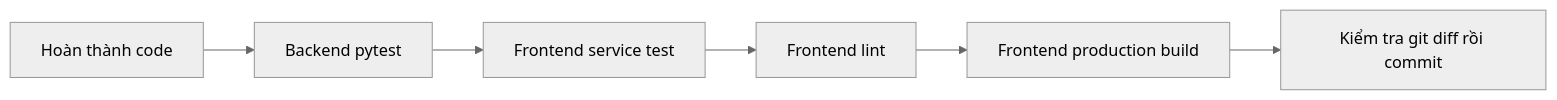
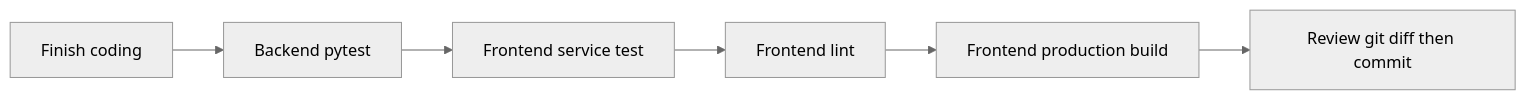
The third of 3 diagrams in docs/run-and-test.md (Henhhh/Web_29GG), drawn with Mermaid (neutral theme) before and after one commit. The commit also changed other lines of this file and 5 other files, not shown here.

````diff
--- a/docs/run-and-test.md
+++ b/docs/run-and-test.md
@@ -81,8 +81,8 @@
 ```mermaid
 flowchart LR
-    A[Hoàn thành code] --> B[Backend pytest]
+    A[Finish coding] --> B[Backend pytest]
     B --> C[Frontend service test]
     C --> D[Frontend lint]
     D --> E[Frontend production build]
-    E --> F[Kiểm tra git diff rồi commit]
+    E --> F[Review git diff then commit]
 ```
````
